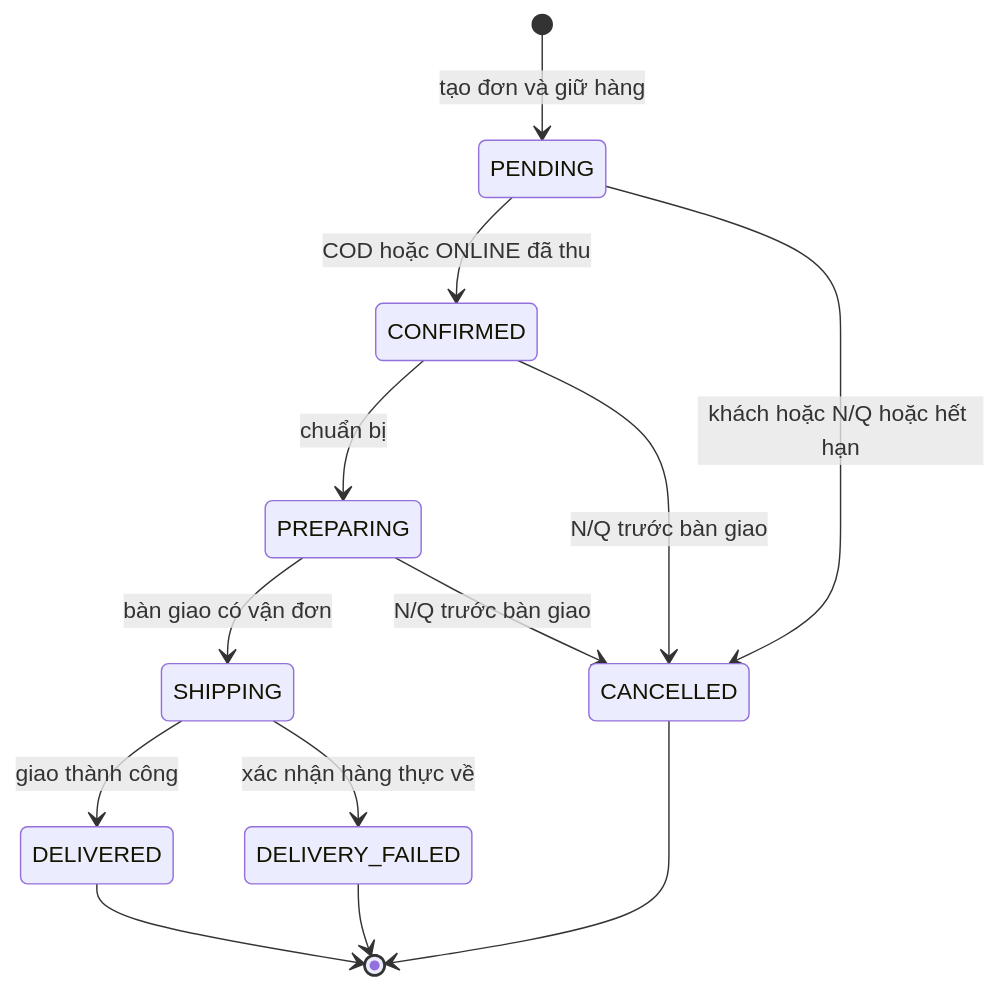
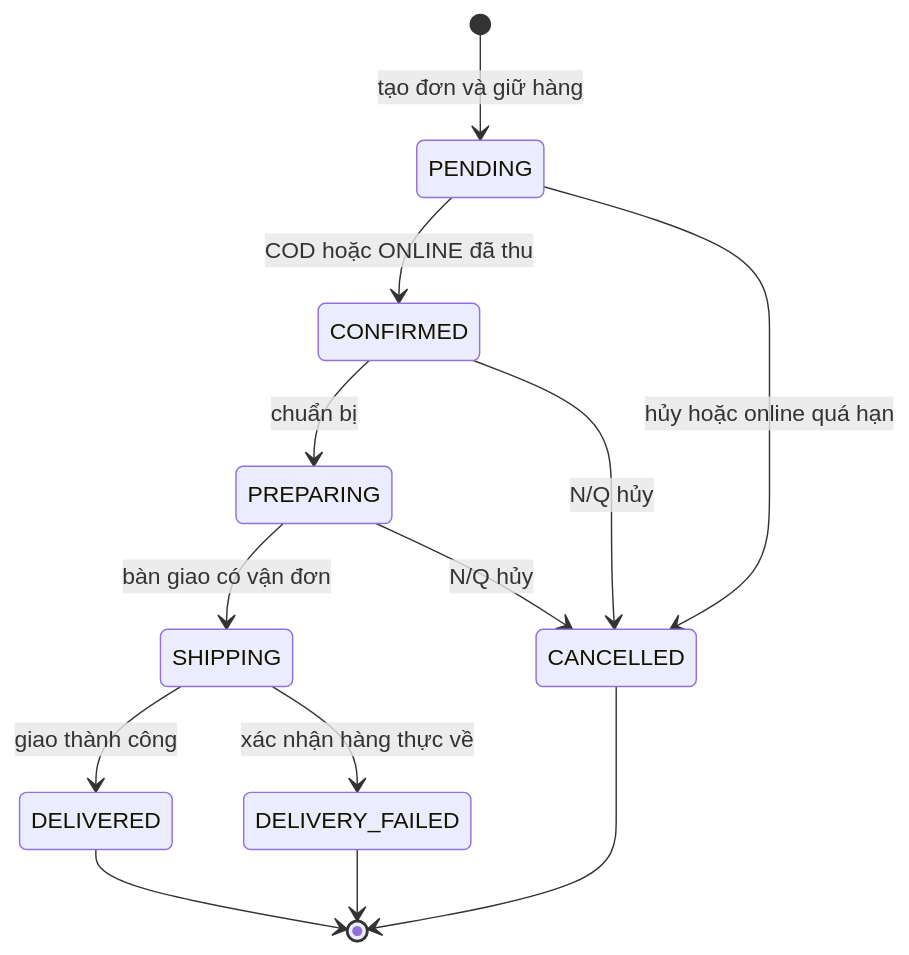
One commit to hungpkaa/x-y-d-ng-web-b-n-h-ng-i-n-t-cho-m-t-c-a-h-ng changed the fifth of 12 diagrams in docs/06_QUY_TAC_VA_SO_DO_LUONG.md. Above: the diagram before and after it, drawn with Mermaid. The commit also changed other lines of this file and 134 other files, not shown here.

````diff
--- a/docs/06_QUY_TAC_VA_SO_DO_LUONG.md
+++ b/docs/06_QUY_TAC_VA_SO_DO_LUONG.md
@@ -152,15 +158,15 @@
 ```mermaid
 stateDiagram-v2
   [*] --> PENDING: tạo đơn và giữ hàng
   PENDING --> CONFIRMED: COD hoặc ONLINE đã thu
   CONFIRMED --> PREPARING: chuẩn bị
   PREPARING --> SHIPPING: bàn giao có vận đơn
   SHIPPING --> DELIVERED: giao thành công
   SHIPPING --> DELIVERY_FAILED: xác nhận hàng thực về
-  PENDING --> CANCELLED: khách hoặc N/Q hoặc hết hạn
-  CONFIRMED --> CANCELLED: N/Q trước bàn giao
-  PREPARING --> CANCELLED: N/Q trước bàn giao
+  PENDING --> CANCELLED: hủy hoặc online quá hạn
+  CONFIRMED --> CANCELLED: N/Q hủy
+  PREPARING --> CANCELLED: N/Q hủy
   DELIVERED --> [*]
   DELIVERY_FAILED --> [*]
   CANCELLED --> [*]
 ```
````
